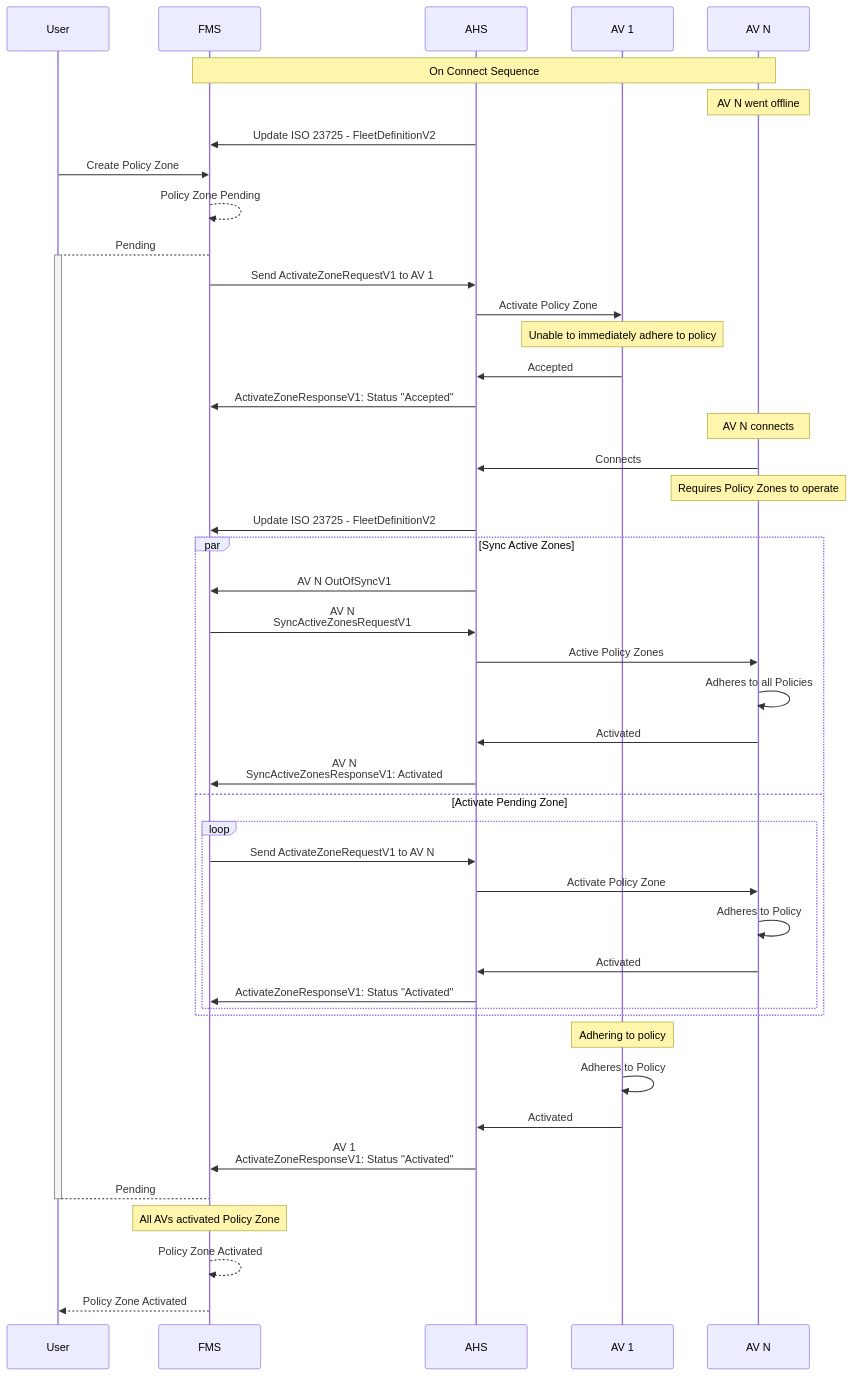
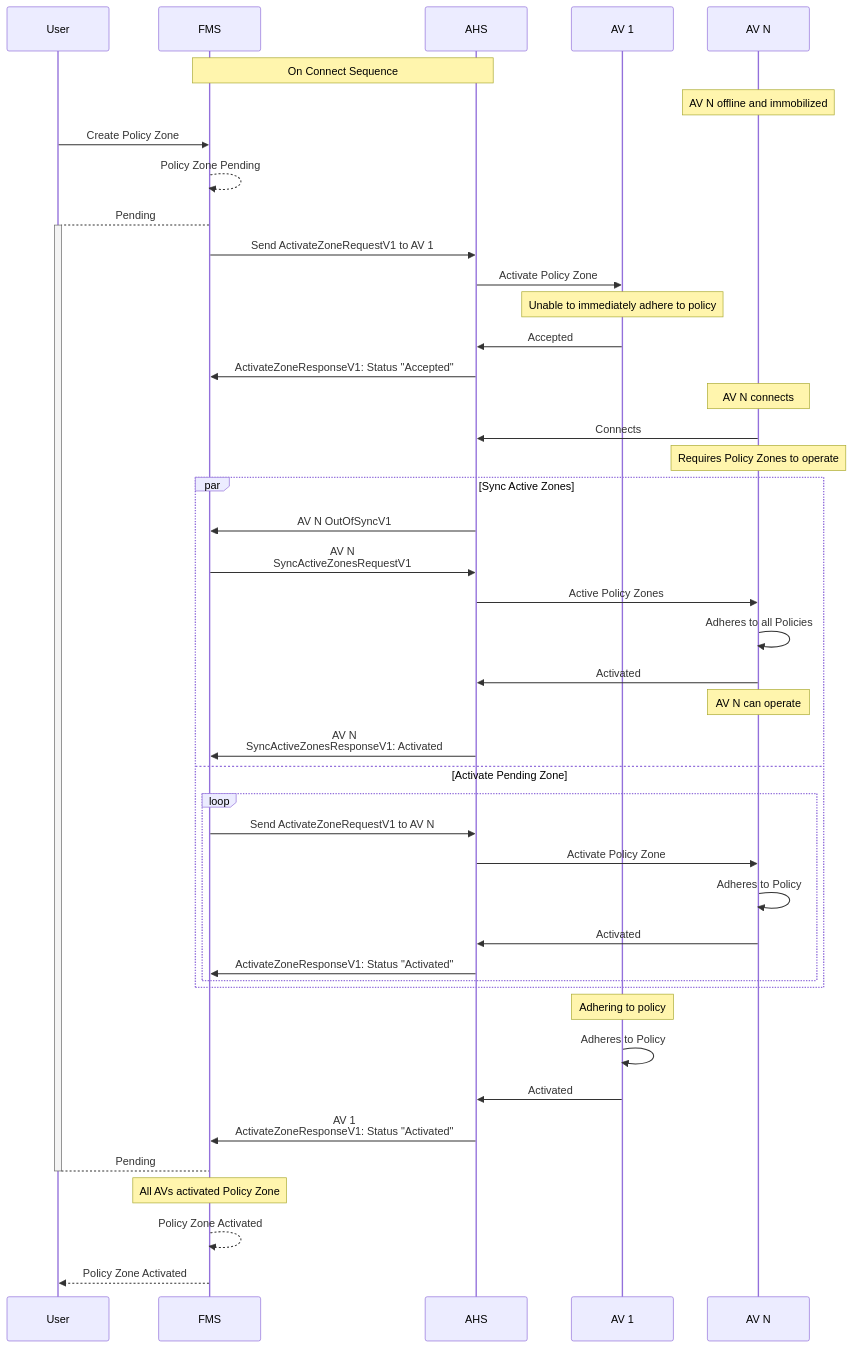
The second of 3 diagrams in diagram/Synchronisation.md (open-autonomy/zone), drawn with Mermaid before and after one commit. The commit also changed other lines of this file, not shown here.

Commit message:
Updated synchronization sequence diagrams

````diff
--- a/diagram/Synchronisation.md
+++ b/diagram/Synchronisation.md
@@ -42,60 +41,59 @@
 ```mermaid
 sequenceDiagram
     participant User
     participant FMS
     participant AHS
     participant AV 1
     participant AV N
 
-    Note over FMS,AV N: On Connect Sequence
-    Note over AV N: AV N went offline
-    AHS->>FMS: Update ISO 23725 - FleetDefinitionV2
+    Note over FMS,AHS: On Connect Sequence
+    Note over AV N: AV N offline and immobilized
 
     User->>FMS: Create Policy Zone
     FMS-->>FMS: Policy Zone Pending
     FMS-->+User: Pending
 
     FMS->>AHS: Send ActivateZoneRequestV1 to AV 1
     AHS->>AV 1: Activate Policy Zone
     Note over AV 1: Unable to immediately adhere to policy
     AV 1->>AHS: Accepted
     AHS->>FMS: ActivateZoneResponseV1: Status "Accepted"
 
     Note Over AV N: AV N connects
 
     AV N->>AHS: Connects
     Note Over AV N: Requires Policy Zones to operate
-    AHS->>FMS: Update ISO 23725 - FleetDefinitionV2
 
     par Sync Active Zones
         AHS->>FMS: AV N OutOfSyncV1
 
         FMS->>AHS: AV N <br/> SyncActiveZonesRequestV1
         AHS->>AV N: Active Policy Zones
         AV N->>AV N: Adheres to all Policies
         AV N->>AHS: Activated
+        Note over AV N: AV N can operate
 
         AHS->>FMS: AV N <br/> SyncActiveZonesResponseV1: Activated
     and Activate Pending Zone
         loop
             FMS->>AHS: Send ActivateZoneRequestV1 to AV N
             AHS->>AV N: Activate Policy Zone
             AV N->>AV N: Adheres to Policy
             AV N->>AHS: Activated
             AHS->>FMS: ActivateZoneResponseV1: Status "Activated"
         end
     end
 
     Note Over AV 1: Adhering to policy
     AV 1->>AV 1: Adheres to Policy
     AV 1->>AHS: Activated
      AHS->>FMS: AV 1 <br/> ActivateZoneResponseV1: Status "Activated"
 
 
     User-->-FMS: Pending
 
     Note Over FMS: All AVs activated Policy Zone
     FMS-->>FMS: Policy Zone Activated
 
     FMS-->>User: Policy Zone Activated
 ```
````
